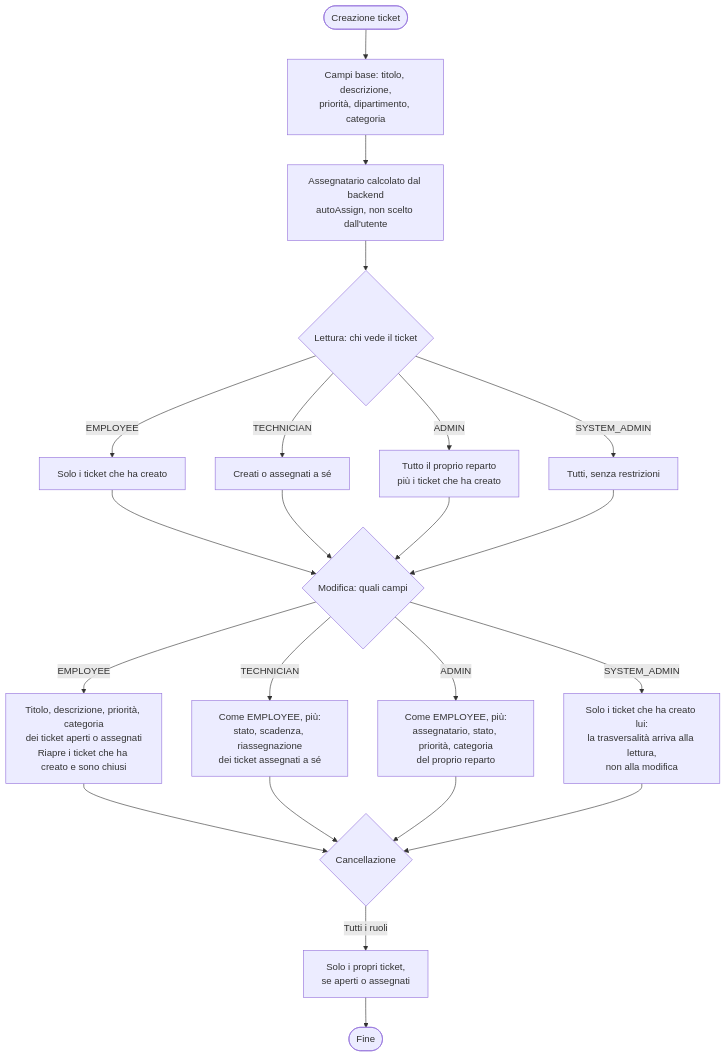
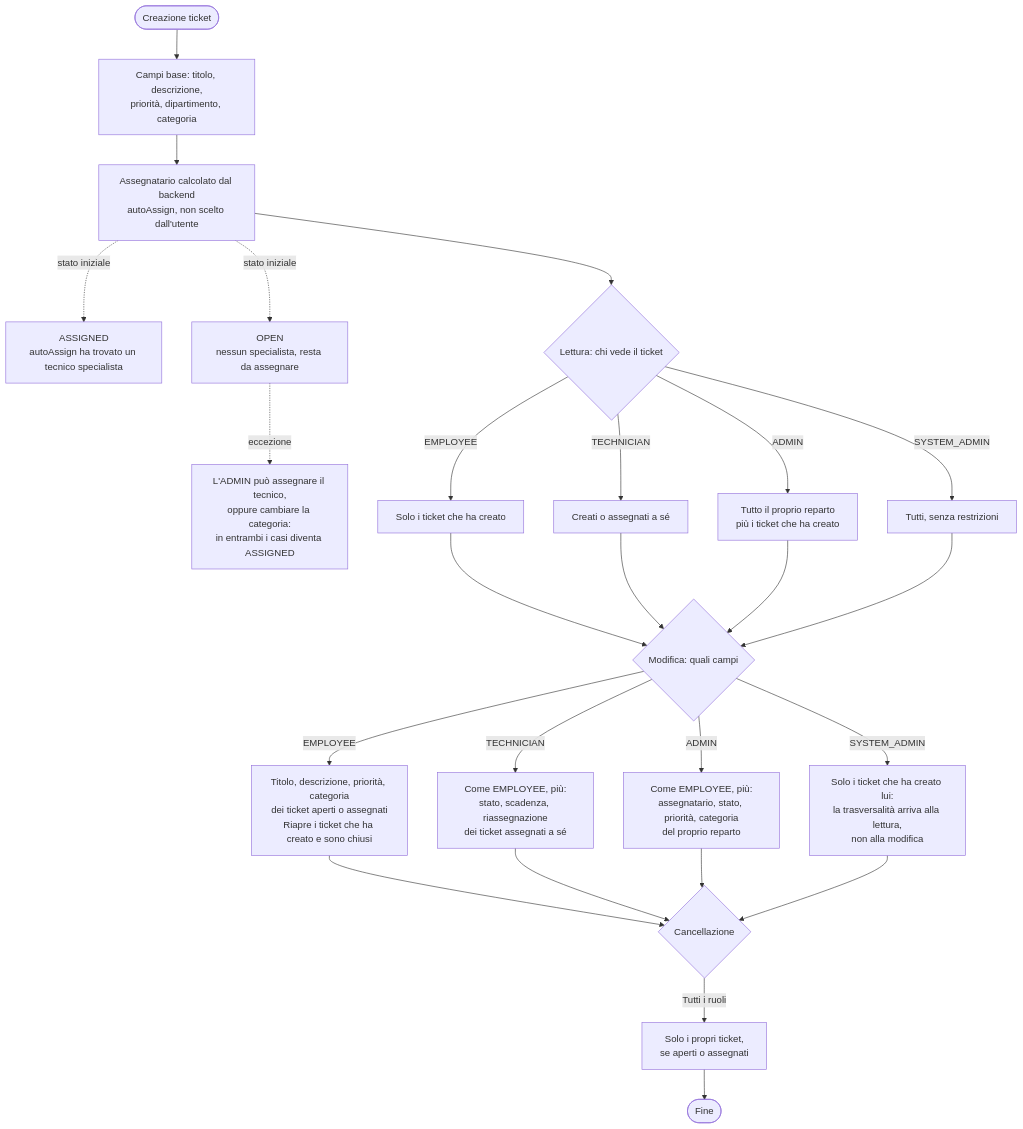
The diagram in docs/authorization.md (angelapedicini/helpdesk), drawn with Mermaid before and after one commit.

Commit message:
modifiche documentazione per schema vita2

````diff
--- a/docs/authorization.md
+++ b/docs/authorization.md
@@ -42,36 +42,43 @@
 ```mermaid
 flowchart TD
   START([Creazione ticket]) --> BASE["Campi base: titolo, descrizione,<br/>priorità, dipartimento, categoria"]
   BASE --> AUTO["Assegnatario calcolato dal backend<br/>autoAssign, non scelto dall'utente"]
+
+  AUTO -. "stato iniziale" .-> ST1["ASSIGNED<br/>autoAssign ha trovato un tecnico specialista"]
+  AUTO -. "stato iniziale" .-> ST2["OPEN<br/>nessun specialista, resta da assegnare"]
+  ST2 -. "eccezione" .-> ST3["L'ADMIN può assegnare il tecnico,<br/>oppure cambiare la categoria:<br/>in entrambi i casi diventa ASSIGNED"]
+
   AUTO --> READ{"Lettura: chi vede il ticket"}
 
   READ -->|EMPLOYEE| R1["Solo i ticket che ha creato"]
   READ -->|TECHNICIAN| R2["Creati o assegnati a sé"]
   READ -->|ADMIN| R3["Tutto il proprio reparto<br/>più i ticket che ha creato"]
   READ -->|SYSTEM_ADMIN| R4["Tutti, senza restrizioni"]
 
   R1 --> UPD
   R2 --> UPD
   R3 --> UPD
   R4 --> UPD
 
   UPD{"Modifica: quali campi"}
   UPD -->|EMPLOYEE| U1["Titolo, descrizione, priorità, categoria<br/>dei ticket aperti o assegnati<br/>Riapre i ticket che ha creato e sono chiusi"]
   UPD -->|TECHNICIAN| U2["Come EMPLOYEE, più:<br/>stato, scadenza, riassegnazione<br/>dei ticket assegnati a sé"]
   UPD -->|ADMIN| U3["Come EMPLOYEE, più:<br/>assegnatario, stato, priorità, categoria<br/>del proprio reparto"]
   UPD -->|SYSTEM_ADMIN| U4["Solo i ticket che ha creato lui:<br/>la trasversalità arriva alla lettura,<br/>non alla modifica"]
 
   U1 --> DEL
   U2 --> DEL
   U3 --> DEL
   U4 --> DEL
 
   DEL{"Cancellazione"}
   DEL -->|Tutti i ruoli| D1["Solo i propri ticket,<br/>se aperti o assegnati"]
   D1 --> FIN([Fine])
 
   classDef ok fill:#e8f5e9,stroke:#43a047,color:#1b5e20
   classDef limit fill:#fff3e0,stroke:#fb8c00,color:#e65100
+  classDef note fill:#e3f2fd,stroke:#1565c0,color:#0d47a1,stroke-dasharray: 4 3
   class ok R1,R2,R3,R4,U1,U2,U3,D1
   class limit U4
+  class note ST1,ST2,ST3
 ```
````
